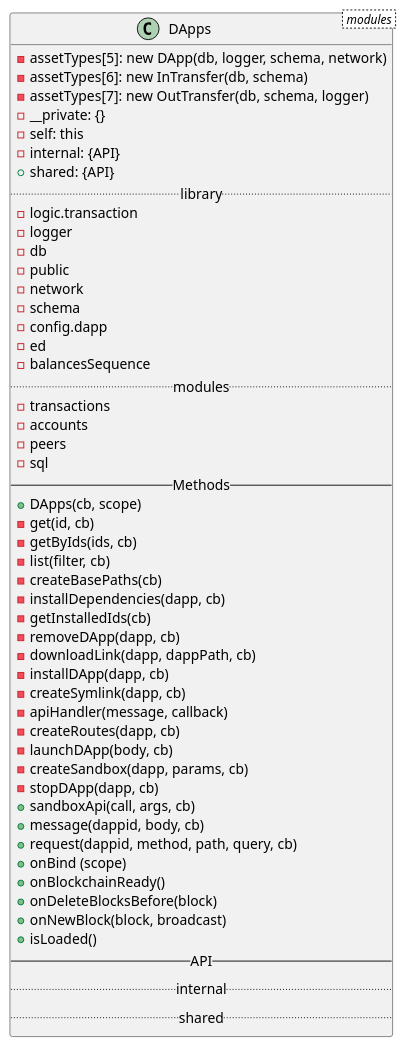
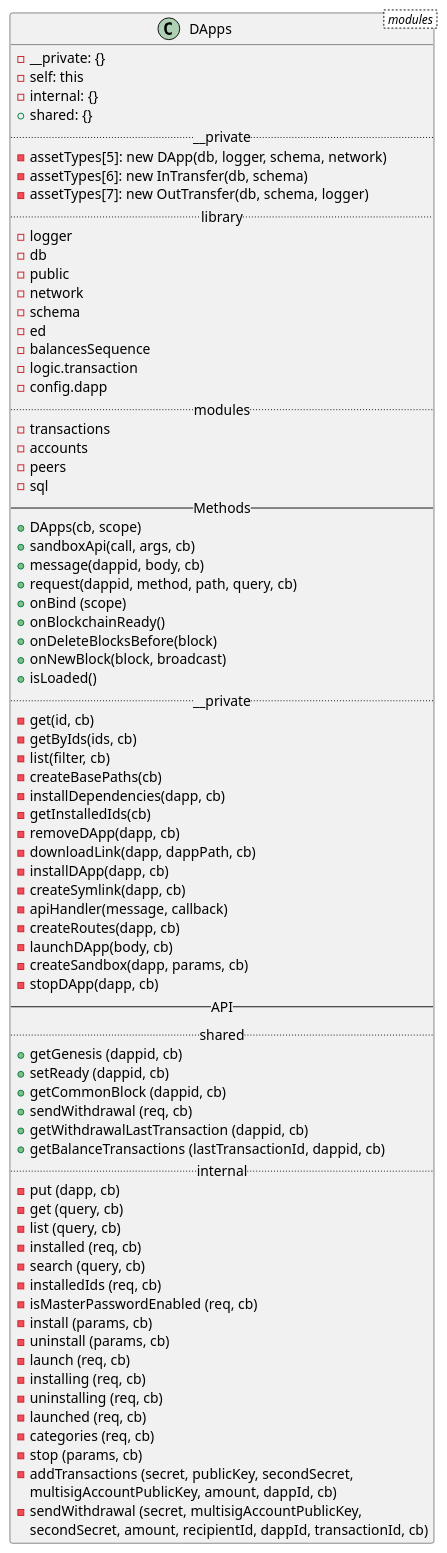
Before and after one commit to LucasIsasmendi/lisk-core-plantuml: the diagram in class/classes/modules/dapps.puml, drawn with PlantUML. The commit also changed 18 other files, not shown here.

```diff
--- a/class/classes/modules/dapps.puml
+++ b/class/classes/modules/dapps.puml
@@ -1,54 +1,81 @@
 @startuml
 class DApps < modules > {
+  - __private: {}
+  - self: this
+  - internal: {}
+  + shared: {}
+  .. __private ..
   - assetTypes[5]: new DApp(db, logger, schema, network)
   - assetTypes[6]: new InTransfer(db, schema)
   - assetTypes[7]: new OutTransfer(db, schema, logger)
-  - __private: {}
-  - self: this
-  - internal: {API}
-  + shared: {API}
   .. library ..
-  - logic.transaction
   - logger
   - db
   - public
   - network
   - schema
-  - config.dapp
   - ed
   - balancesSequence
+  - logic.transaction
+  - config.dapp
   .. modules ..
   - transactions
   - accounts
   - peers
   - sql
   -- Methods --
   + DApps(cb, scope)
+  + sandboxApi(call, args, cb)
+  + message(dappid, body, cb)
+  + request(dappid, method, path, query, cb)
+  + onBind (scope)
+  + onBlockchainReady()
+  + onDeleteBlocksBefore(block)
+  + onNewBlock(block, broadcast)
+  + isLoaded()
+  .. __private ..
   - get(id, cb)
   - getByIds(ids, cb)
   - list(filter, cb)
   - createBasePaths(cb)
   - installDependencies(dapp, cb)
   - getInstalledIds(cb)
   - removeDApp(dapp, cb)
   - downloadLink(dapp, dappPath, cb)
   - installDApp(dapp, cb)
   - createSymlink(dapp, cb)
   - apiHandler(message, callback)
   - createRoutes(dapp, cb)
   - launchDApp(body, cb)
   - createSandbox(dapp, params, cb)
   - stopDApp(dapp, cb)
-  + sandboxApi(call, args, cb)
-  + message(dappid, body, cb)
-  + request(dappid, method, path, query, cb)
-  + onBind (scope)
-  + onBlockchainReady()
-  + onDeleteBlocksBefore(block)
-  + onNewBlock(block, broadcast)
-  + isLoaded()
   -- API --
+  .. shared ..
+  + getGenesis (dappid, cb)
+  + setReady (dappid, cb)
+  + getCommonBlock (dappid, cb)
+  + sendWithdrawal (req, cb)
+  + getWithdrawalLastTransaction (dappid, cb)
+  + getBalanceTransactions (lastTransactionId, dappid, cb)
   .. internal ..
-  .. shared ..
+  - put (dapp, cb)
+  - get (query, cb)
+  - list (query, cb)
+  - installed (req, cb)
+  - search (query, cb)
+  - installedIds (req, cb)
+  - isMasterPasswordEnabled (req, cb)
+  - install (params, cb)
+  - uninstall (params, cb)
+  - launch (req, cb)
+  - installing (req, cb)
+  - uninstalling (req, cb)
+  - launched (req, cb)
+  - categories (req, cb)
+  - stop (params, cb)
+  - addTransactions (secret, publicKey, secondSecret,
+  multisigAccountPublicKey, amount, dappId, cb)
+  - sendWithdrawal (secret, multisigAccountPublicKey,
+  secondSecret, amount, recipientId, dappId, transactionId, cb)
 }
 @enduml
```
